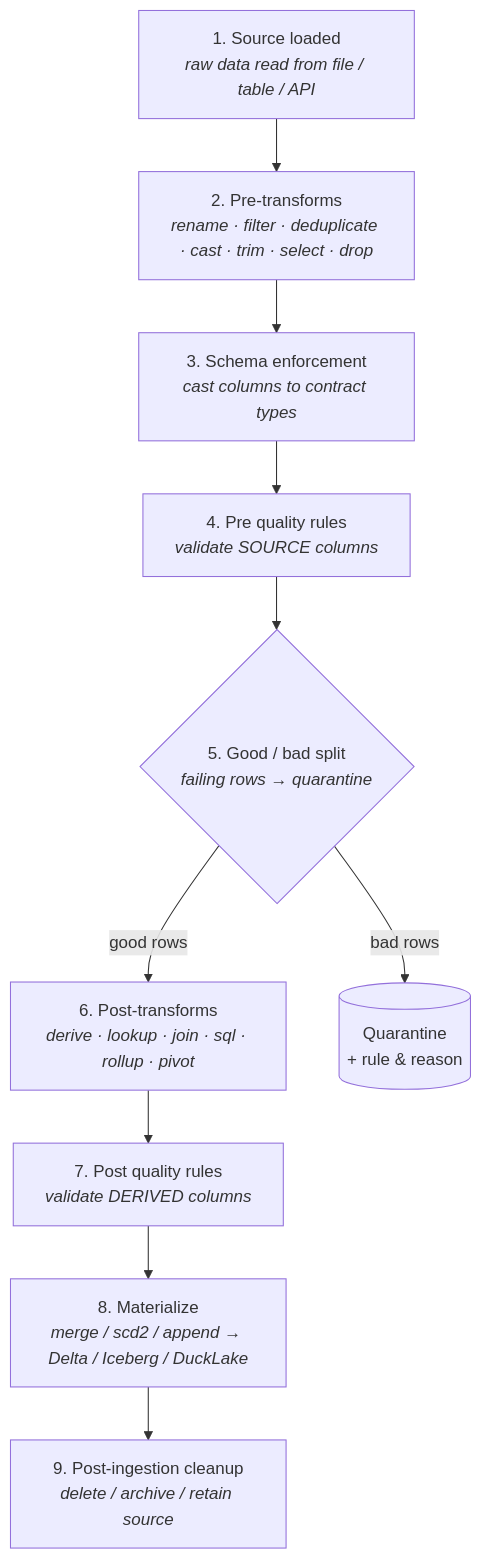
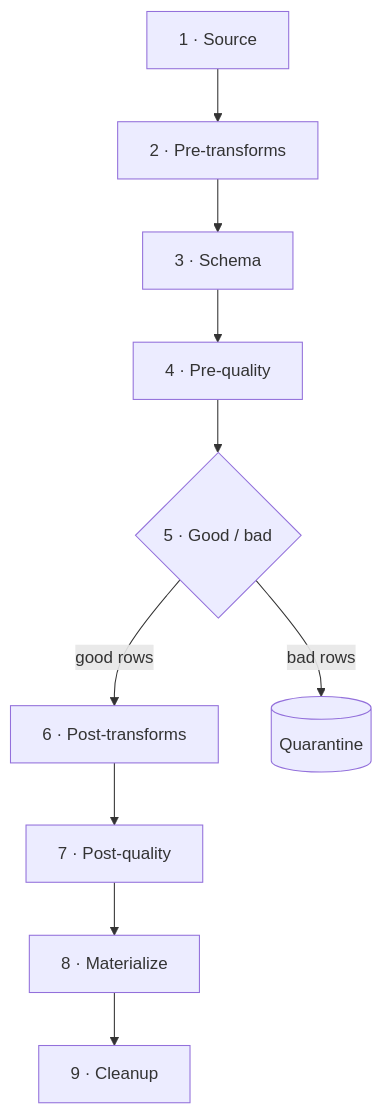
The diagram in docs/reference/execution-order.md (LakeLogic/open-lakehouse-contract), drawn with Mermaid before and after one commit. The commit also changed 114 other files, not shown here.

````diff
--- a/docs/reference/execution-order.md
+++ b/docs/reference/execution-order.md
@@ -9,12 +9,6 @@
 ```mermaid
 flowchart TD
-    S[1. Source loaded<br/><i>raw data read from file / table / API</i>] --> PRE
-    PRE[2. Pre-transforms<br/><i>rename · filter · deduplicate · cast · trim · select · drop</i>] --> SE
-    SE[3. Schema enforcement<br/><i>cast columns to contract types</i>] --> PQ
-    PQ[4. Pre quality rules<br/><i>validate SOURCE columns</i>] --> SPLIT
-    SPLIT{5. Good / bad split<br/><i>failing rows → quarantine</i>} -->|good rows| POST
-    SPLIT -->|bad rows| Q[(Quarantine<br/>+ rule & reason)]
-    POST[6. Post-transforms<br/><i>derive · lookup · join · sql · rollup · pivot</i>] --> POQ
-    POQ[7. Post quality rules<br/><i>validate DERIVED columns</i>] --> M[8. Materialize<br/><i>merge / scd2 / append → Delta / Iceberg / DuckLake</i>]
-    M --> C[9. Post-ingestion cleanup<br/><i>delete / archive / retain source</i>]
+    S[1 · Source] --> PRE[2 · Pre-transforms] --> SE[3 · Schema] --> PQ[4 · Pre-quality] --> SPLIT{5 · Good / bad}
+    SPLIT -->|good rows| POST[6 · Post-transforms] --> POQ[7 · Post-quality] --> M[8 · Materialize] --> C[9 · Cleanup]
+    SPLIT -->|bad rows| Q[(Quarantine)]
 ```
````
